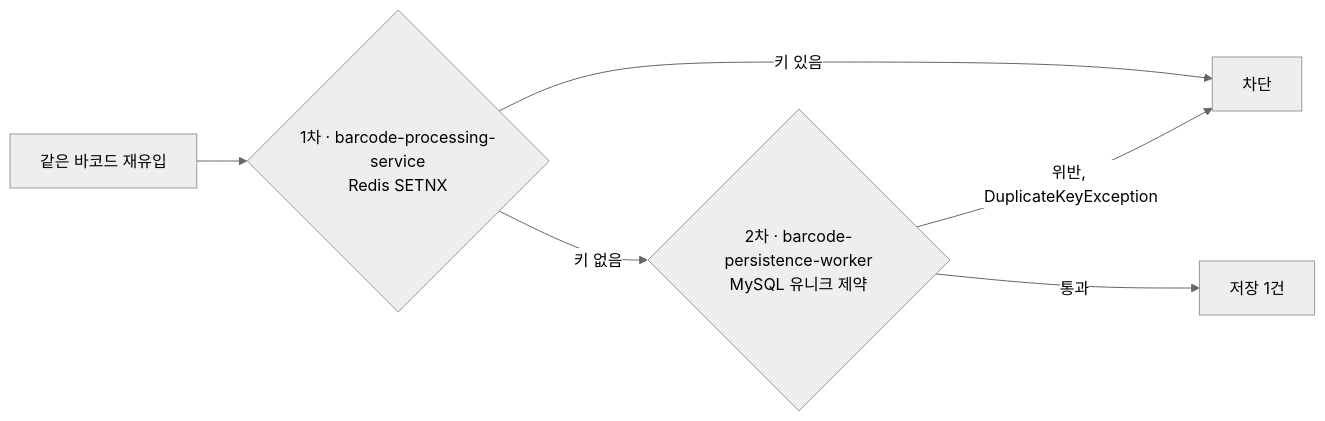
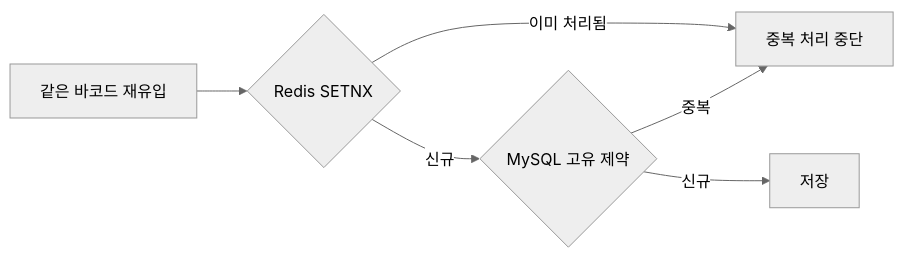
The second of 3 diagrams in README.md (buss-sooin/barcode-ingest-pipeline), drawn with Mermaid (neutral theme) before and after one commit. The commit also changed other lines of this file, not shown here.

````diff
--- a/README.md
+++ b/README.md
@@ -266,8 +266,8 @@
 ```mermaid
 flowchart LR
-  A[같은 바코드 재유입] --> B{1차 · barcode-processing-service<br/>Redis SETNX}
-  B -- 키 있음 --> S[차단]
-  B -- 키 없음 --> C{2차 · barcode-persistence-worker<br/>MySQL 유니크 제약}
-  C -- 위반, DuplicateKeyException --> S
-  C -- 통과 --> D[저장 1건]
+  A[같은 바코드 재유입] --> B{Redis SETNX}
+  B -- 이미 처리됨 --> D[중복 처리 중단]
+  B -- 신규 --> C{MySQL 고유 제약}
+  C -- 중복 --> D
+  C -- 신규 --> E[저장]
 ```
````
